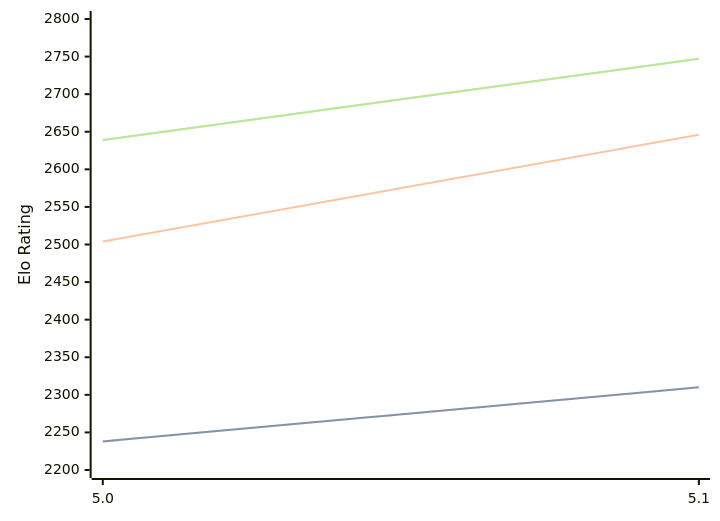
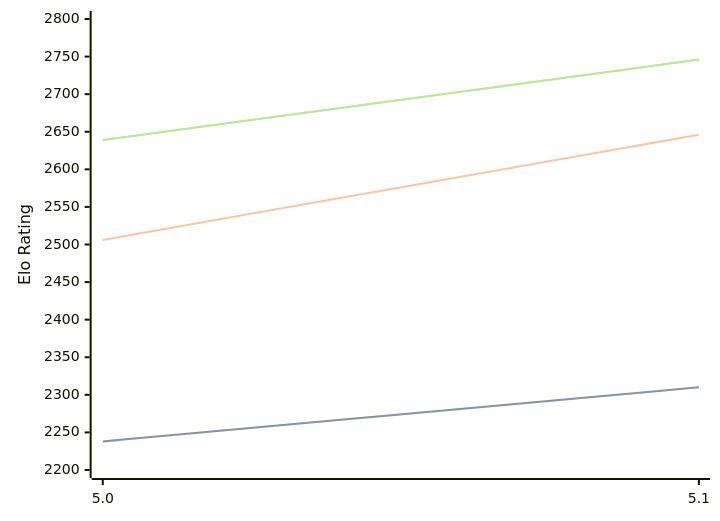
Before and after one commit to computer-chess-index/cci: the diagram in engines/Dorky.md, drawn with Mermaid. The commit also changed other lines of this file, not shown here.

Commit message:
Update CCI Ratings (ELO VLTC) - 2026-08-31

````diff
--- a/engines/Dorky.md
+++ b/engines/Dorky.md
@@ -32,11 +32,11 @@
 ```mermaid
 %%{init: {"theme":"base","themeVariables":{"seriesColors:['#a3a3a3','#222221','#faa371']}}}%%
 xychart-beta
   x-axis ["5.0", "5.1"]
   y-axis "Elo Rating" 2200 --> 2800
   line "" [2238, 2310]
   line "STC (8.0+0.08s)" [2238, 2310]
-  line "LTC (60.0+0.60s)" [2504, 2646]
-  line "" [2639, 2747]
-  line "VLTC (2m24s+1.12s)" [2639, 2747]
+  line "LTC (60.0+0.60s)" [2506, 2646]
+  line "" [2639, 2746]
+  line "VLTC (2m24s+1.12s)" [2639, 2746]
 ```
````
